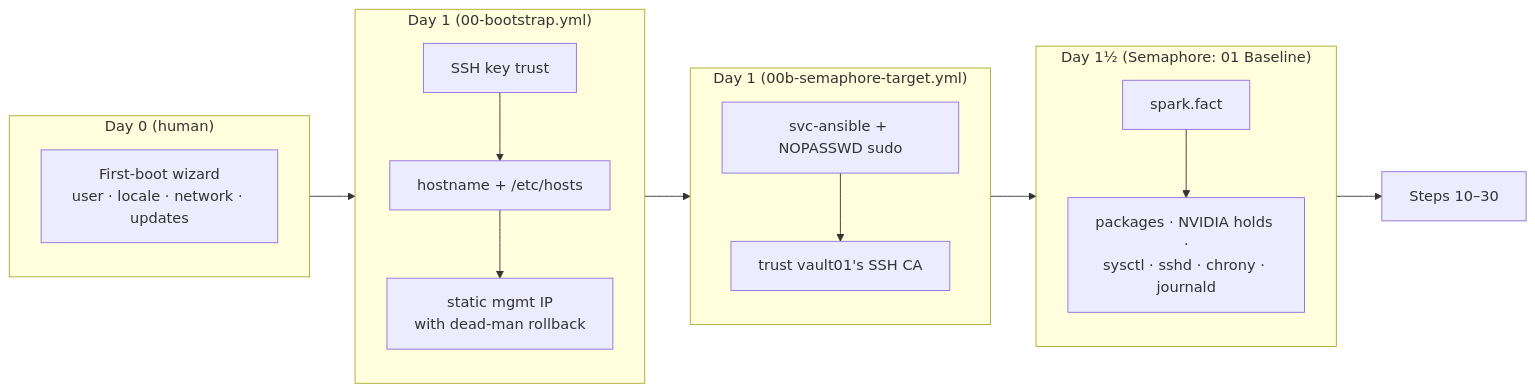
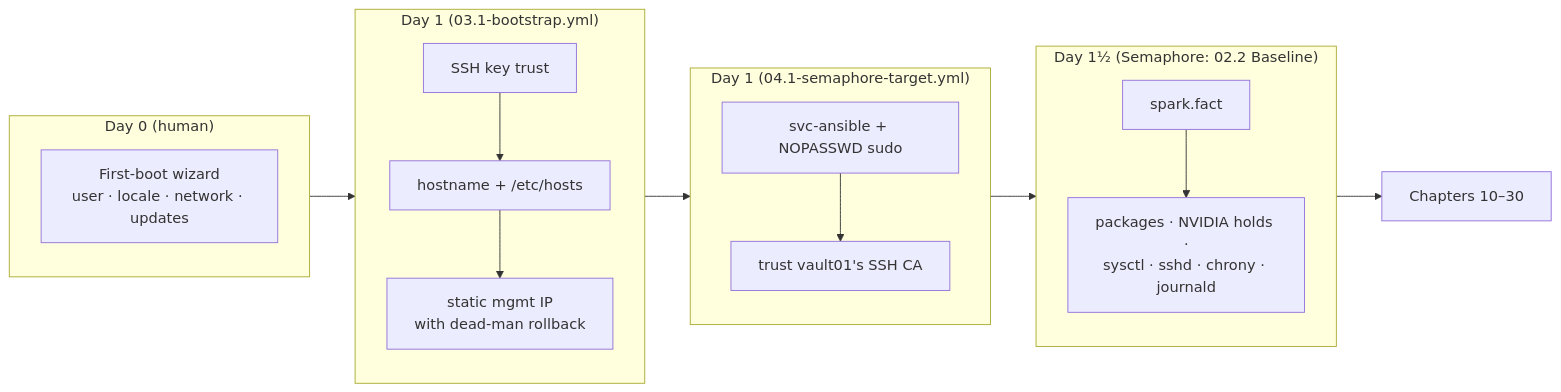
The second of 4 diagrams in 01-Ansible/03-bare-metal-provisioning-and-bootstrap.md (cloudone365/technical-depth), drawn with Mermaid before and after one commit. The commit also changed other lines of this file and 242 other files, not shown here.

````diff
--- a/01-Ansible/03-bare-metal-provisioning-and-bootstrap.md
+++ b/01-Ansible/03-bare-metal-provisioning-and-bootstrap.md
@@ -46,16 +46,16 @@
 ```mermaid
 flowchart LR
   subgraph D0["Day 0 (human)"]
     W["First-boot wizard<br/>user · locale · network · updates"]
   end
-  subgraph D1["Day 1 (00-bootstrap.yml)"]
+  subgraph D1["Day 1 (03.1-bootstrap.yml)"]
     K["SSH key trust"] --> H["hostname + /etc/hosts"] --> N["static mgmt IP<br/>with dead-man rollback"]
   end
-  subgraph D1b["Day 1 (00b-semaphore-target.yml)"]
+  subgraph D1b["Day 1 (04.1-semaphore-target.yml)"]
     SA["svc-ansible + NOPASSWD sudo"] --> CA["trust vault01's SSH CA"]
   end
-  subgraph D2["Day 1½ (Semaphore: 01 Baseline)"]
+  subgraph D2["Day 1½ (Semaphore: 02.2 Baseline)"]
     F["spark.fact"] --> B["packages · NVIDIA holds ·<br/>sysctl · sshd · chrony · journald"]
   end
-  D0 --> D1 --> D1b --> D2 --> Rest["Steps 10–30"]
+  D0 --> D1 --> D1b --> D2 --> Rest["Chapters 10–30"]
 ```
````
